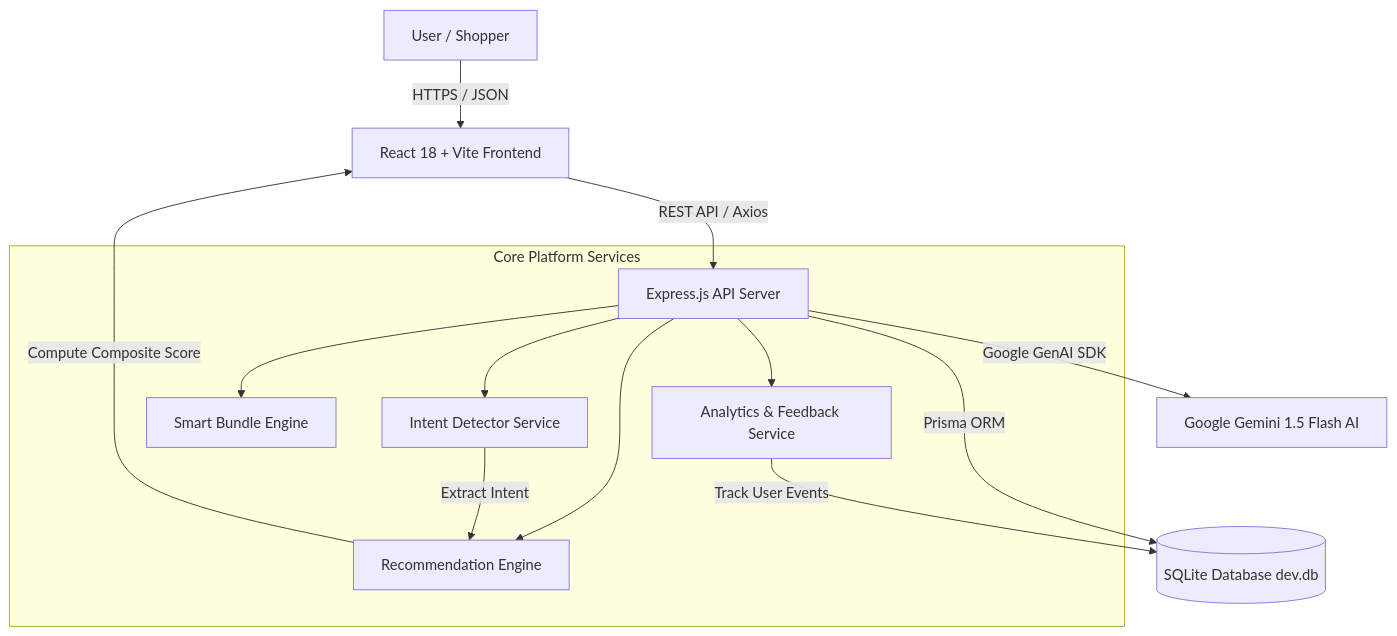
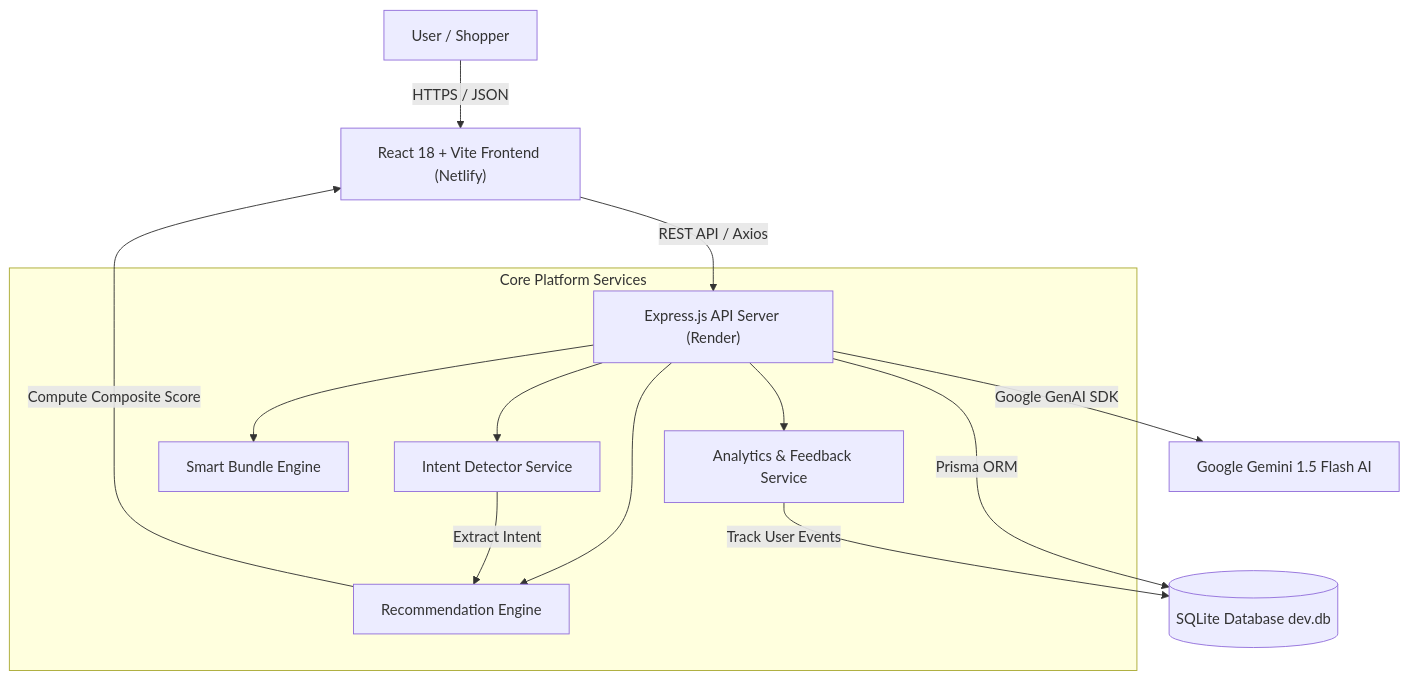
The first of 2 diagrams in README.md (NagarjunMallavarpu/Discovery-engine-ai), drawn with Mermaid before and after one commit. The commit also changed other lines of this file, not shown here.

Commit message:
Update README with Netlify and Render deployment documentation

````diff
--- a/README.md
+++ b/README.md
@@ -42,19 +52,19 @@
 ```mermaid
 flowchart TD
-    User["User / Shopper"] -->|HTTPS / JSON| Frontend["React 18 + Vite Frontend"]
-    Frontend -->|REST API / Axios| Backend["Express.js API Server"]
+    User["User / Shopper"] -->|HTTPS / JSON| Frontend["React 18 + Vite Frontend (Netlify)"]
+    Frontend -->|REST API / Axios| Backend["Express.js API Server (Render)"]
 
     subgraph Core_Services["Core Platform Services"]
         Backend --> IntentDet["Intent Detector Service"]
         Backend --> RecEngine["Recommendation Engine"]
         Backend --> BundleEng["Smart Bundle Engine"]
         Backend --> Analytics["Analytics & Feedback Service"]
     end
 
     Backend -->|Google GenAI SDK| Gemini["Google Gemini 1.5 Flash AI"]
     Backend -->|Prisma ORM| DB[("SQLite Database dev.db")]
 
     IntentDet -->|Extract Intent| RecEngine
     RecEngine -->|Compute Composite Score| Frontend
     Analytics -->|Track User Events| DB
 ```
````
